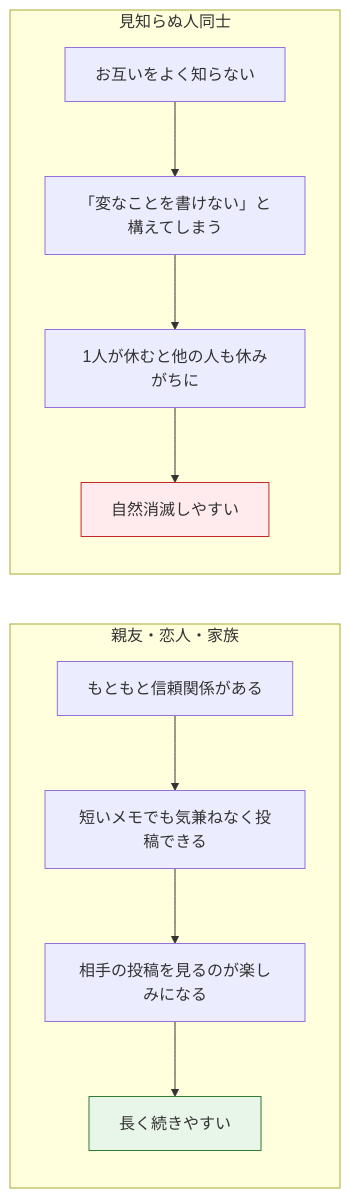
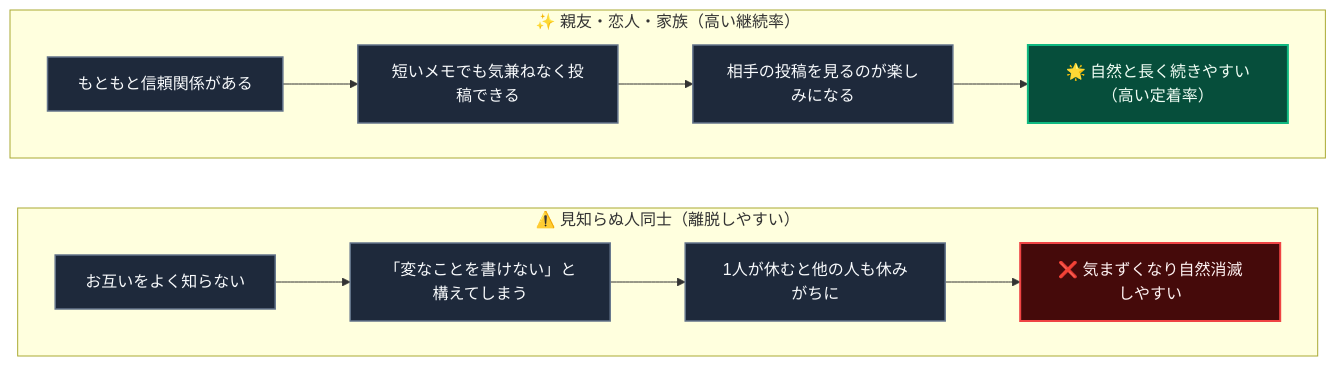
One commit to ScriptureHabit/scripture-habit changed the second of 2 diagrams in docs/ja/ux-small-groups-and-peer-accountability.md. Above: the diagram before and after it, drawn with Mermaid. The commit also changed other lines of this file and 9 other files, not shown here.

Commit message:
docs: optimize all wide Mermaid diagrams into readable vertical stacked layouts

````diff
--- a/docs/ja/ux-small-groups-and-peer-accountability.md
+++ b/docs/ja/ux-small-groups-and-peer-accountability.md
@@ -50,17 +53,20 @@
 ```mermaid
-graph LR
-    subgraph SG_Close["親友・恋人・家族"]
-        ST1["もともと信頼関係がある"] --> ST2["短いメモでも気兼ねなく投稿できる"]
-        ST2 --> ST3["相手の投稿を見るのが楽しみになる"]
-        ST3 --> ST4["長く続きやすい"]
+flowchart TD
+    classDef good fill:#064e3b,stroke:#10b981,stroke-width:2px,color:#f0fdf4;
+    classDef bad fill:#450a0a,stroke:#ef4444,stroke-width:2px,color:#fef2f2;
+    classDef step fill:#1e293b,stroke:#64748b,stroke-width:1.5px,color:#f8fafc;
+
+    subgraph SG_Close["✨ 親友・恋人・家族（高い継続率）"]
+        ST1["もともと信頼関係がある"]:::step --> ST2["短いメモでも気兼ねなく投稿できる"]:::step
+        ST2 --> ST3["相手の投稿を見るのが楽しみになる"]:::step
+        ST3 --> ST4["🌟 自然と長く続きやすい（高い定着率）"]:::good
     end
 
-    subgraph SG_Strangers["見知らぬ人同士"]
-        WT1["お互いをよく知らない"] --> WT2["「変なことを書けない」と構えてしまう"]
-        WT2 --> WT3["1人が休むと他の人も休みがちに"]
-        WT3 --> WT4["自然消滅しやすい"]
+    subgraph SG_Strangers["⚠️ 見知らぬ人同士（離脱しやすい）"]
+        WT1["お互いをよく知らない"]:::step --> WT2["「変なことを書けない」と構えてしまう"]:::step
+        WT2 --> WT3["1人が休むと他の人も休みがちに"]:::step
+        WT3 --> WT4["❌ 気まずくなり自然消滅しやすい"]:::bad
     end
 
-    style ST4 fill:#e8f5e9,stroke:#2e7d32,stroke-width:1px
-    style WT4 fill:#ffebee,stroke:#c62828,stroke-width:1px
+    SG_Close ~~~ SG_Strangers
 ```
````
